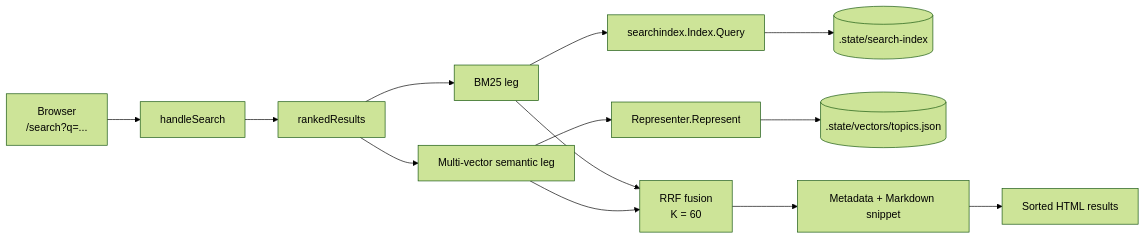
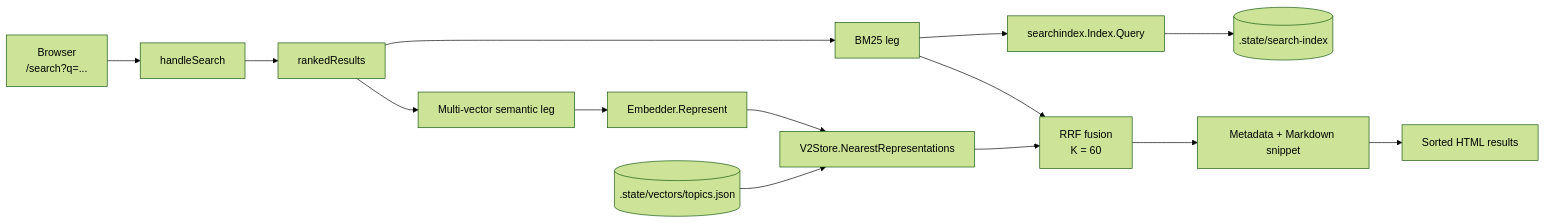
One commit to fernando143/patro changed the first of 7 diagrams in docs/search-architecture.md. Above: the diagram before and after it, drawn with Mermaid (forest theme). The commit also changed other lines of this file, not shown here.

Commit message:
docs(search): align diagrams with multi-vector maintenance

````diff
--- a/docs/search-architecture.md
+++ b/docs/search-architecture.md
@@ -10,15 +11,16 @@
 ```mermaid
 flowchart LR
     U[Browser\n/search?q=...] --> H[handleSearch]
     H --> R[rankedResults]
     R --> B[BM25 leg]
     R --> E[Multi-vector semantic leg]
     B --> BI[searchindex.Index.Query]
     BI --> IDX[(.state/search-index)]
-    E --> ER[Representer.Represent]
-    ER --> VS[(.state/vectors/topics.json)]
+    E --> ER[Embedder.Represent]
+    ER --> NR[V2Store.NearestRepresentations]
+    VS[(.state/vectors/topics.json)] --> NR
     B --> F[RRF fusion\nK = 60]
-    E --> F
+    NR --> F
     F --> P[Metadata + Markdown snippet]
     P --> O[Sorted HTML results]
 ```
````
